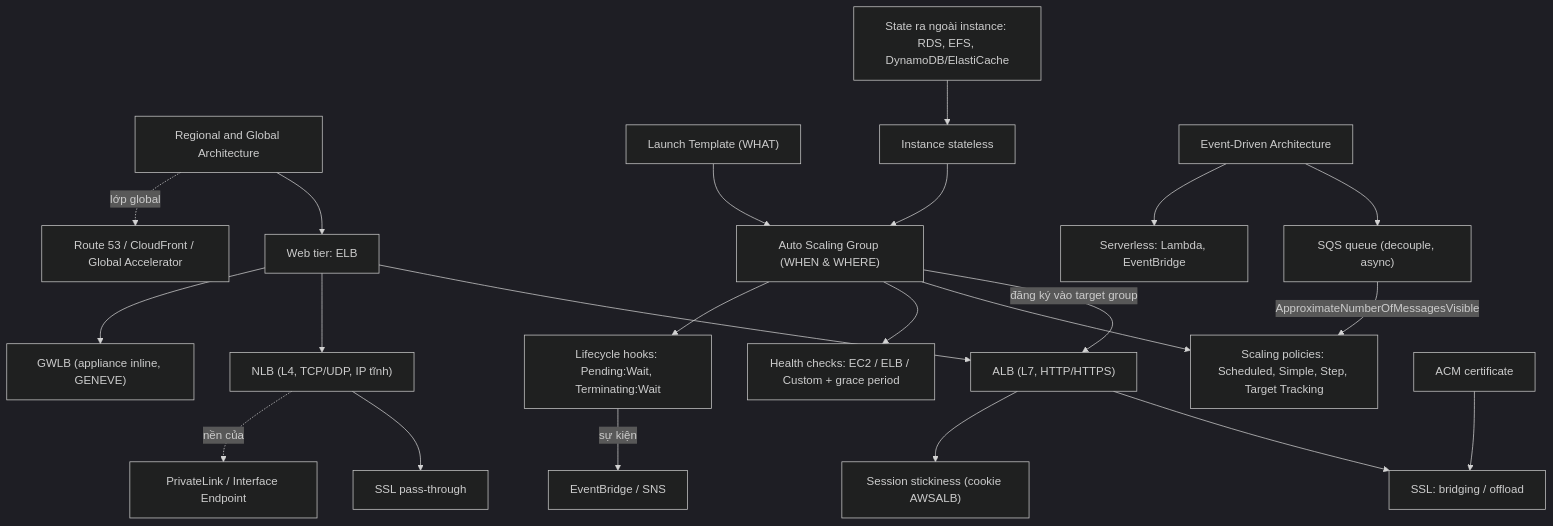
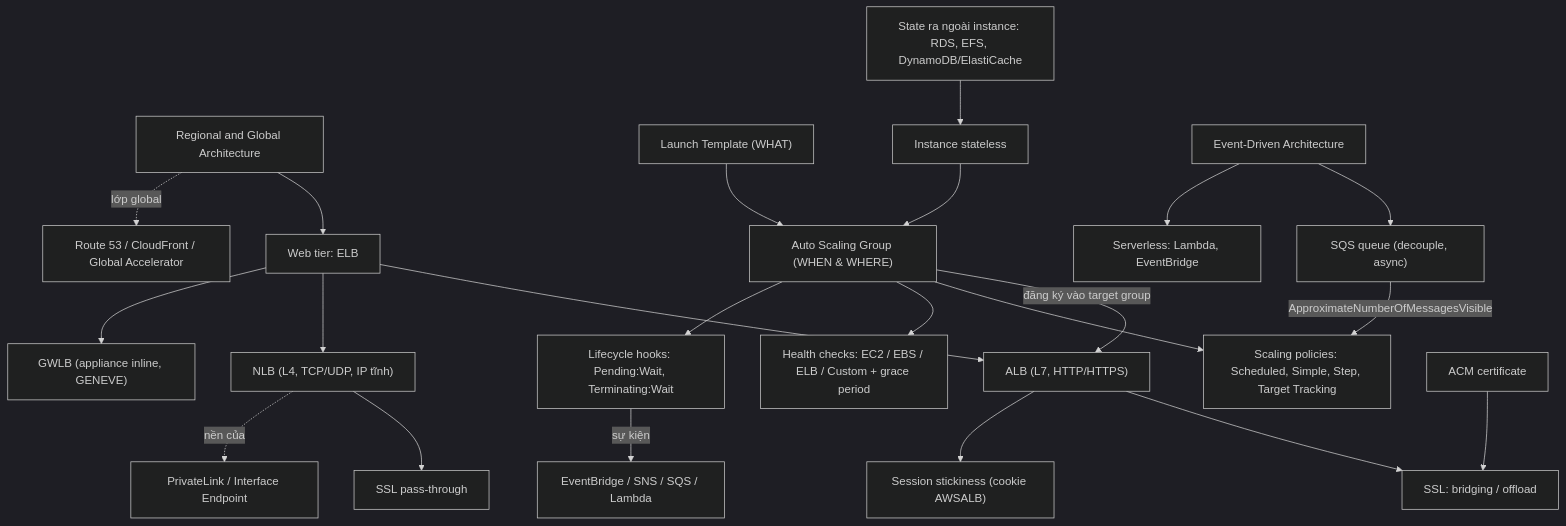
One commit to hairbui76/aws-saa-c03 changed the diagram in data/13 HA and Scaling/_MOC 13 HA and Scaling.md. Above: the diagram before and after it, drawn with Mermaid (dark theme). The commit also changed other lines of this file and 30 other files, not shown here.

````diff
--- a/data/13 HA and Scaling/_MOC 13 HA and Scaling.md
+++ b/data/13 HA and Scaling/_MOC 13 HA and Scaling.md
@@ -26,24 +26,24 @@
 ```mermaid
 flowchart TB
   RG["Regional and Global Architecture"] --> WEB["Web tier: ELB"]
   RG -.->|"lớp global"| GL["Route 53 / CloudFront / Global Accelerator"]
   WEB --> ALB["ALB (L7, HTTP/HTTPS)"]
   WEB --> NLB["NLB (L4, TCP/UDP, IP tĩnh)"]
   WEB --> GWLB["GWLB (appliance inline, GENEVE)"]
   ALB --> TLS["SSL: bridging / offload"]
   NLB --> PT["SSL pass-through"]
   ALB --> STK["Session stickiness (cookie AWSALB)"]
   NLB -.->|"nền của"| PL["PrivateLink / Interface Endpoint"]
   LT["Launch Template (WHAT)"] --> ASG["Auto Scaling Group (WHEN & WHERE)"]
   ASG -->|"đăng ký vào target group"| ALB
   ASG --> POL["Scaling policies: Scheduled, Simple, Step, Target Tracking"]
-  ASG --> HC["Health checks: EC2 / ELB / Custom + grace period"]
+  ASG --> HC["Health checks: EC2 / EBS / ELB / Custom + grace period"]
   ASG --> HOOK["Lifecycle hooks: Pending:Wait, Terminating:Wait"]
-  HOOK -->|"sự kiện"| EB["EventBridge / SNS"]
+  HOOK -->|"sự kiện"| EB["EventBridge / SNS / SQS / Lambda"]
   ACM["ACM certificate"] --> TLS
   STATE["State ra ngoài instance: RDS, EFS, DynamoDB/ElastiCache"] --> SL["Instance stateless"]
   SL --> ASG
   EDA["Event-Driven Architecture"] --> Q["SQS queue (decouple, async)"]
   Q -->|"ApproximateNumberOfMessagesVisible"| POL
   EDA --> SV["Serverless: Lambda, EventBridge"]
 ```
````
